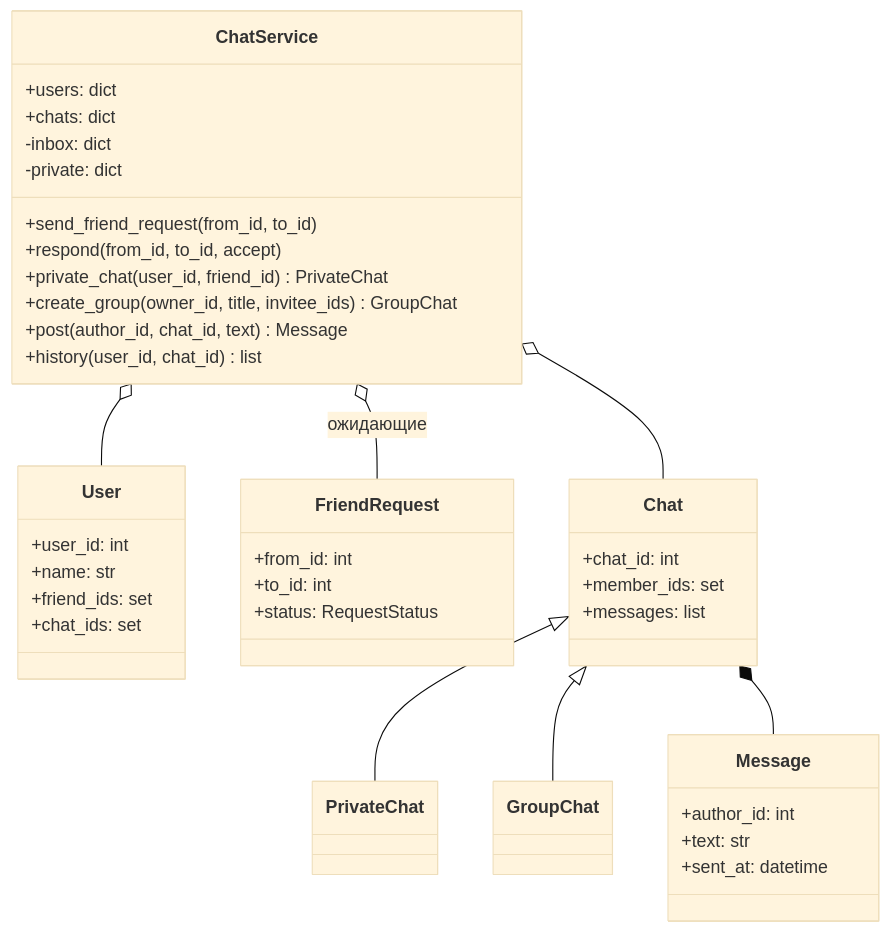
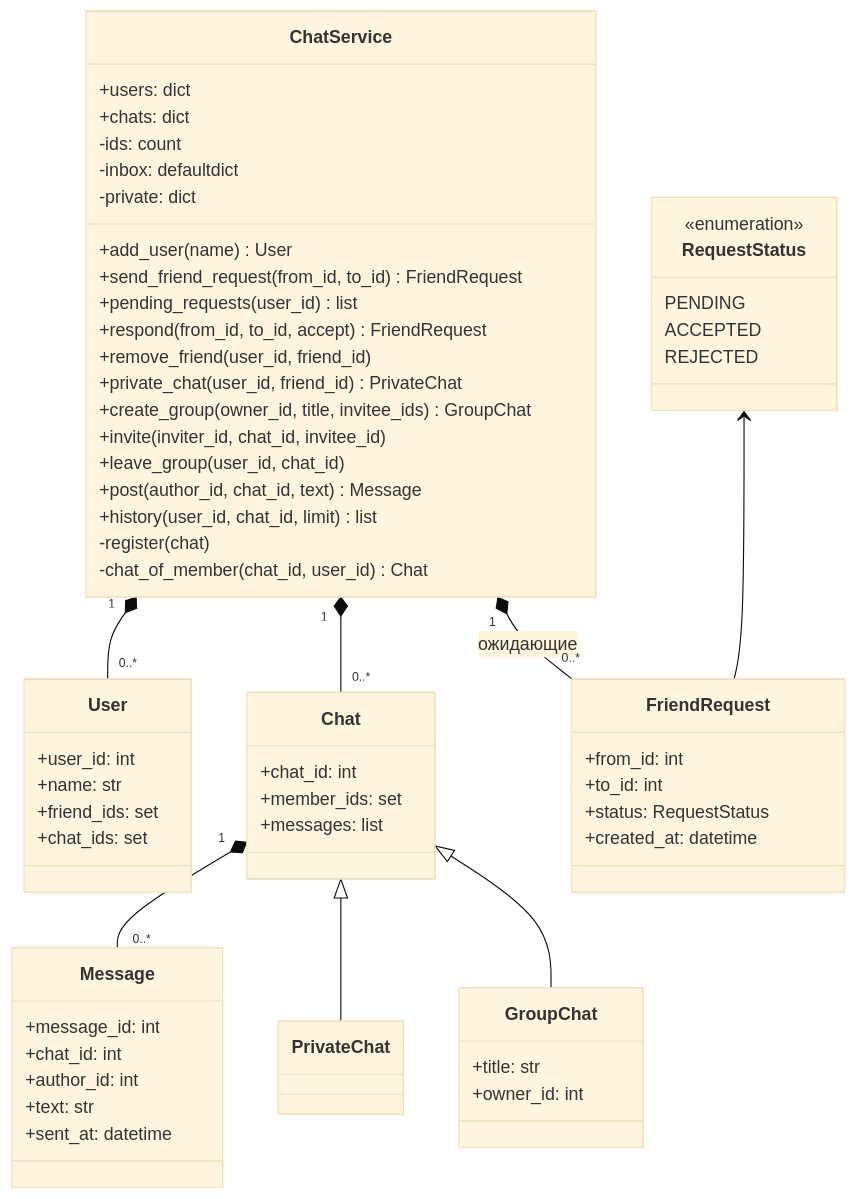
Before and after one commit to butyavk/system-design: the diagram in src/content/docs/ru/ood/online-chat.mdx, drawn with Mermaid (base theme). The commit also changed other lines of this file and 144 other files, not shown here.

````diff
--- a/src/content/docs/ru/ood/online-chat.mdx
+++ b/src/content/docs/ru/ood/online-chat.mdx
@@ -42,42 +42,64 @@
 ```mermaid
 classDiagram
   class ChatService {
     +users: dict
     +chats: dict
-    -inbox: dict
+    -ids: count
+    -inbox: defaultdict
     -private: dict
-    +send_friend_request(from_id, to_id)
-    +respond(from_id, to_id, accept)
+    +add_user(name) User
+    +send_friend_request(from_id, to_id) FriendRequest
+    +pending_requests(user_id) list
+    +respond(from_id, to_id, accept) FriendRequest
+    +remove_friend(user_id, friend_id)
     +private_chat(user_id, friend_id) PrivateChat
     +create_group(owner_id, title, invitee_ids) GroupChat
+    +invite(inviter_id, chat_id, invitee_id)
+    +leave_group(user_id, chat_id)
     +post(author_id, chat_id, text) Message
-    +history(user_id, chat_id) list
+    +history(user_id, chat_id, limit) list
+    -register(chat)
+    -chat_of_member(chat_id, user_id) Chat
   }
   class User {
     +user_id: int
     +name: str
     +friend_ids: set
     +chat_ids: set
   }
   class FriendRequest {
     +from_id: int
     +to_id: int
     +status: RequestStatus
+    +created_at: datetime
+  }
+  class RequestStatus {
+    <<enumeration>>
+    PENDING
+    ACCEPTED
+    REJECTED
   }
   class Chat {
     +chat_id: int
     +member_ids: set
     +messages: list
   }
+  class GroupChat {
+    +title: str
+    +owner_id: int
+  }
   class Message {
+    +message_id: int
+    +chat_id: int
     +author_id: int
     +text: str
     +sent_at: datetime
   }
-  ChatService o-- User
-  ChatService o-- Chat
-  ChatService o-- FriendRequest : ожидающие
+  ChatService "1" *-- "0..*" User
+  ChatService "1" *-- "0..*" Chat
+  ChatService "1" *-- "0..*" FriendRequest : ожидающие
+  RequestStatus <-- FriendRequest
+  Chat "1" *-- "0..*" Message
   Chat <|-- PrivateChat
   Chat <|-- GroupChat
-  Chat *-- Message
 ```
````
